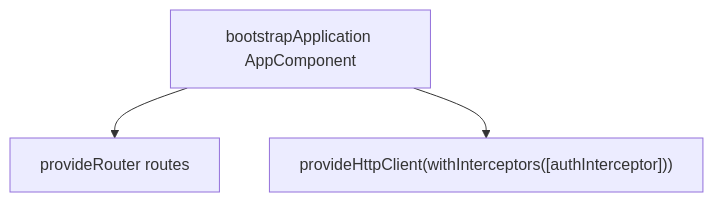
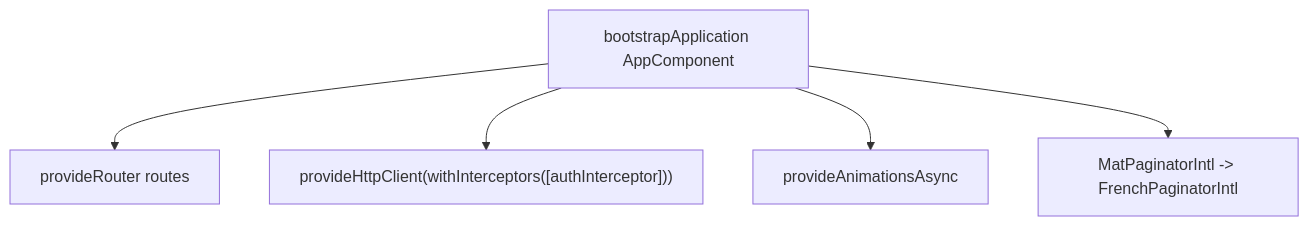
Before and after one commit to nini667-E/AngularM1_Miage_2026_2027_TP123: the second of 6 diagrams in frontend-starter/analyse.md, drawn with Mermaid. The commit also changed other lines of this file and 15 other files, not shown here.

````diff
--- a/frontend-starter/analyse.md
+++ b/frontend-starter/analyse.md
@@ -100,5 +101,7 @@
 ```mermaid
 flowchart TD
     A[bootstrapApplication AppComponent] --> B[provideRouter routes]
     A --> C["provideHttpClient(withInterceptors([authInterceptor]))"]
+    A --> D[provideAnimationsAsync]
+    A --> E["MatPaginatorIntl -> FrenchPaginatorIntl"]
 ```
````
